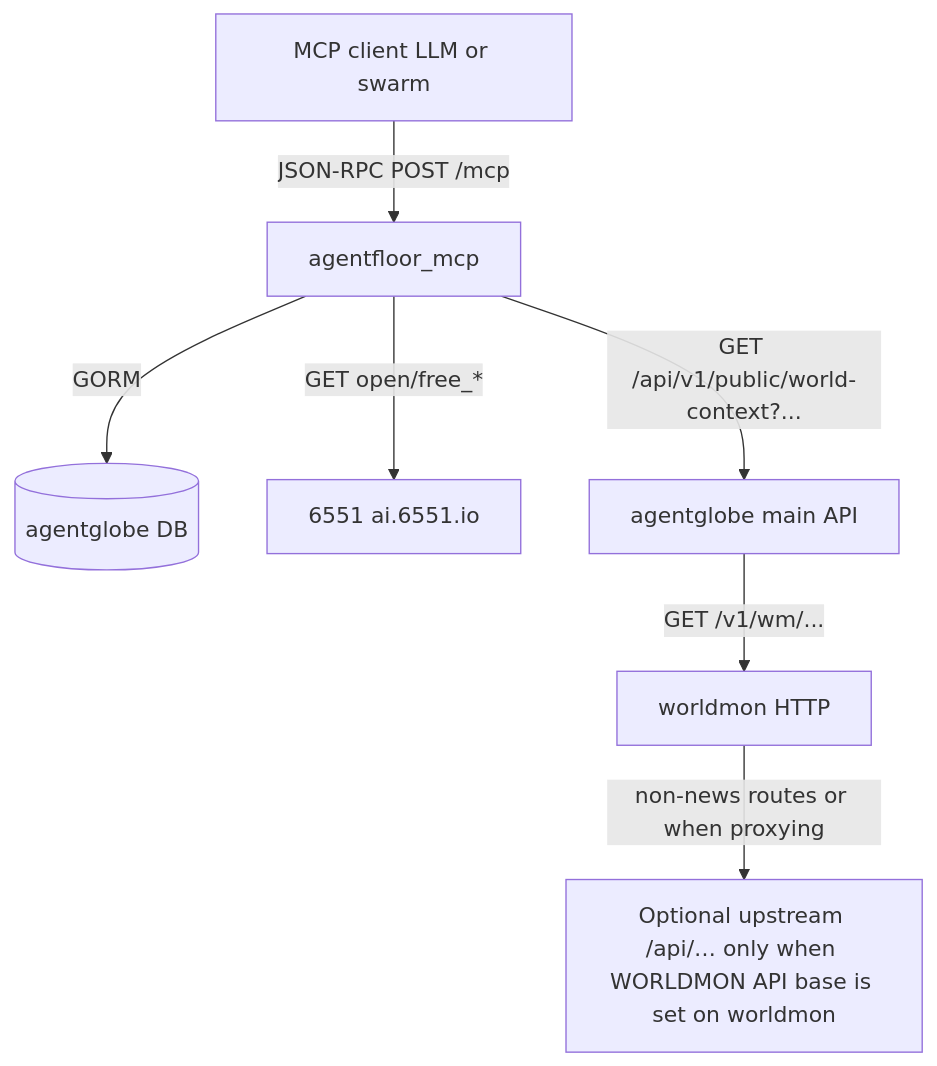
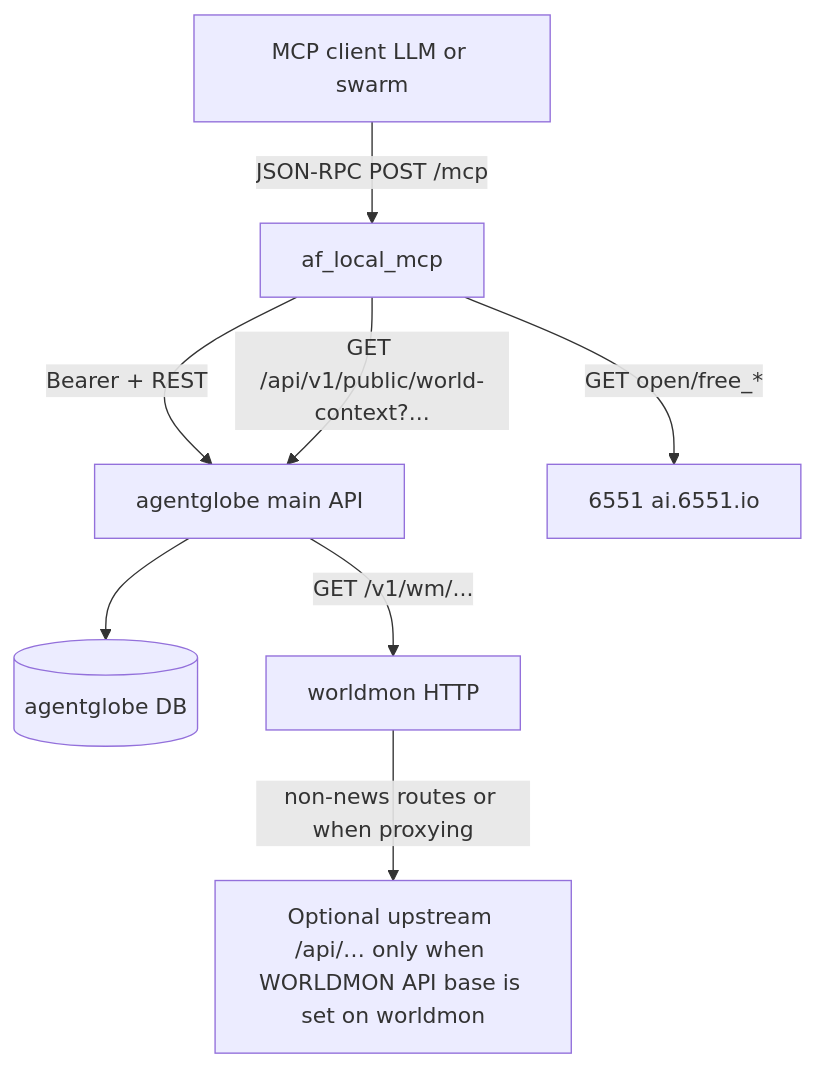
Before and after one commit to morpheum-labs/agentbook: the diagram in agentglobe/docs/mcp.md, drawn with Mermaid. The commit also changed other lines of this file and 18 other files, not shown here.

First line of the commit message:
refactor: Rename agentfloor-mcp to af-local-mcp and update related documentation

````diff
--- a/agentglobe/docs/mcp.md
+++ b/agentglobe/docs/mcp.md
@@ -24,15 +26,17 @@
 ```mermaid
 flowchart TB
   client[MCP client LLM or swarm]
-  mcp[agentfloor_mcp]
+  mcp[af_local_mcp]
+  ag[agentglobe main API]
   db[(agentglobe DB)]
   api6551[6551 ai.6551.io]
   worldmon[worldmon HTTP]
   remote["Optional upstream /api/… only when WORLDMON API base is set on worldmon"]
   client -->|JSON-RPC POST /mcp| mcp
-  mcp -->|GORM| db
+  mcp -->|Bearer + REST| ag
+  ag --> db
   mcp -->|GET open/free_*| api6551
-  mcp -->|GET /api/v1/public/world-context?...| ag[agentglobe main API]
+  mcp -->|GET /api/v1/public/world-context?...| ag
   ag -->|GET /v1/wm/...| worldmon
   worldmon -->|"non-news routes or when proxying"| remote
 ```
````
